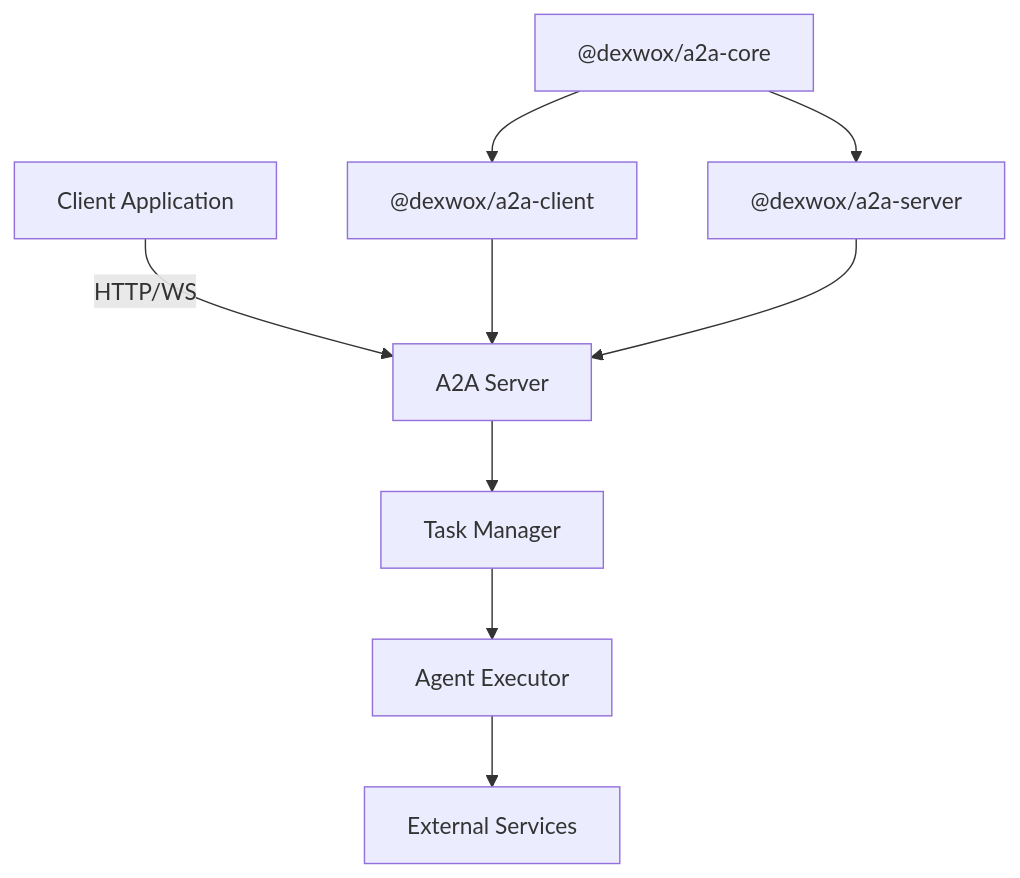
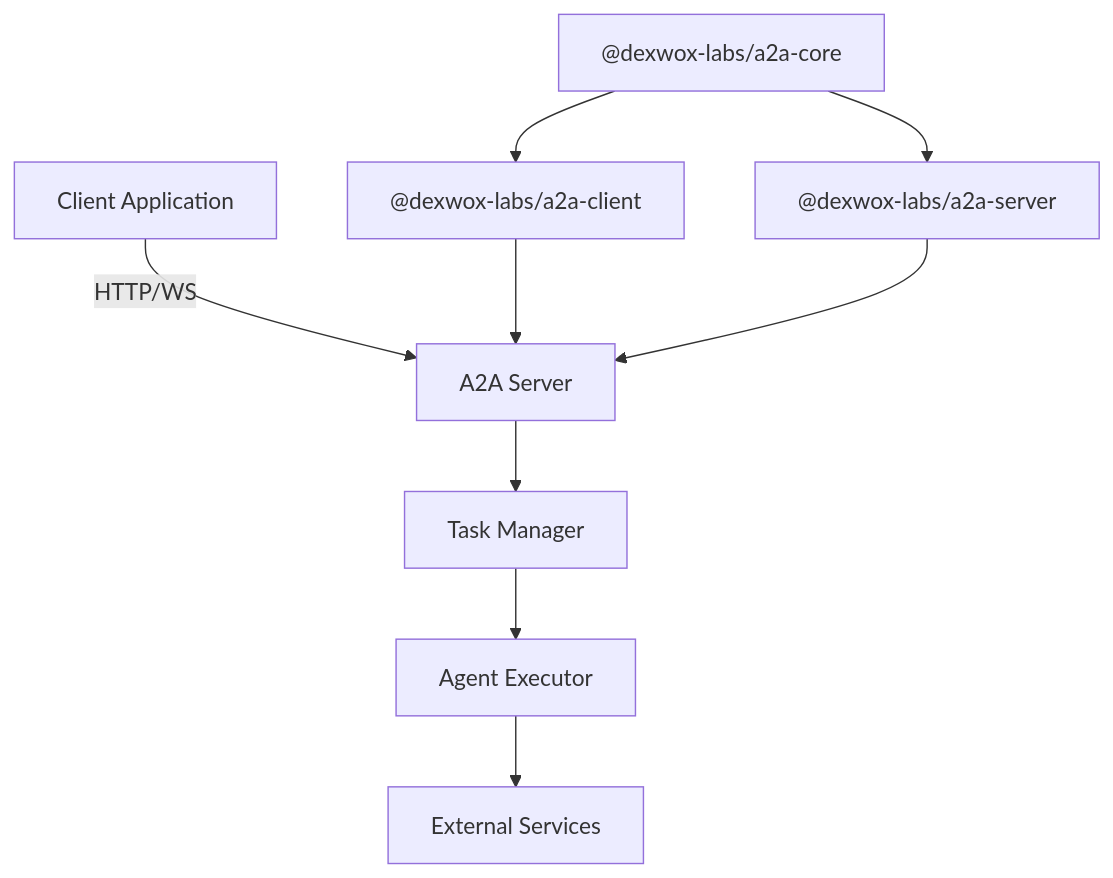
Before and after one commit to Dexwox-Innovations-Org/a2a-node-sdk: the diagram in docs-site/pages/index.mdx, drawn with Mermaid. The commit also changed other lines of this file and 90 other files, not shown here.

````diff
--- a/docs-site/pages/index.mdx
+++ b/docs-site/pages/index.mdx
@@ -98,12 +98,12 @@
 ```mermaid
 graph TD
     A[Client Application] -->|HTTP/WS| B[A2A Server]
     B --> C[Task Manager]
     C --> D[Agent Executor]
     D --> E[External Services]
     
-    F["@dexwox/a2a-client"] --> B
-    G["@dexwox/a2a-core"] --> F
-    G --> H["@dexwox/a2a-server"]
+    F["@dexwox-labs/a2a-client"] --> B
+    G["@dexwox-labs/a2a-core"] --> F
+    G --> H["@dexwox-labs/a2a-server"]
     H --> B
 ```
````
